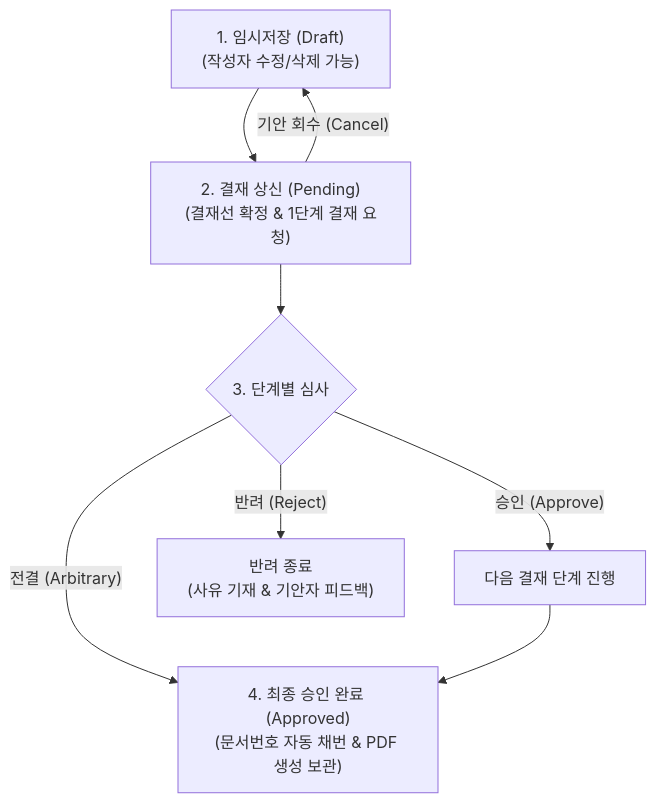
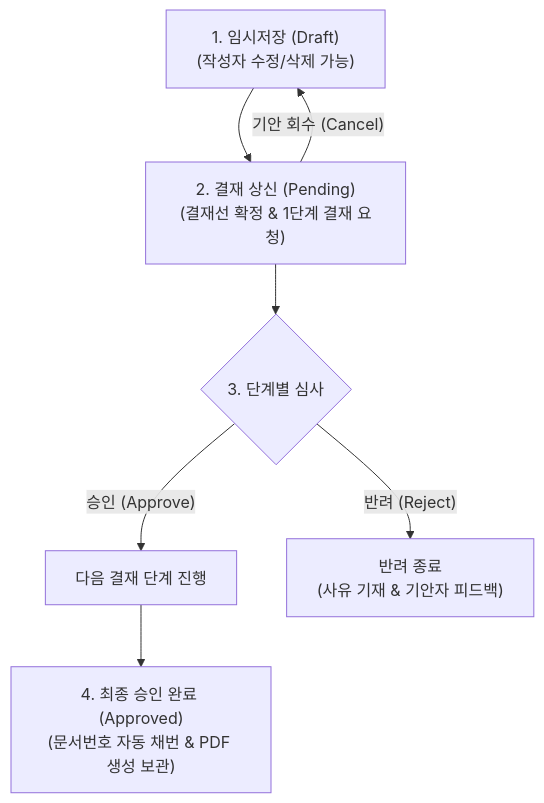
Before and after one commit to nc2U/ibs: the third of 3 diagrams in app/vue/docs/approval/index.md, drawn with Mermaid. The commit also changed other lines of this file and 51 other files, not shown here.

````diff
--- a/app/vue/docs/approval/index.md
+++ b/app/vue/docs/approval/index.md
@@ -53,10 +53,9 @@
 ```mermaid
 flowchart TD
     A["1. 임시저장 (Draft)<br>(작성자 수정/삭제 가능)"] --> B["2. 결재 상신 (Pending)<br>(결재선 확정 & 1단계 결재 요청)"]
     B --> C{"3. 단계별 심사"}
     C -- " 승인 (Approve) " --> D["다음 결재 단계 진행"]
     C -- " 반려 (Reject) " --> E["반려 종료<br>(사유 기재 & 기안자 피드백)"]
-    C -- " 전결 (Arbitrary) " --> F
     D --> F["4. 최종 승인 완료 (Approved)<br>(문서번호 자동 채번 & PDF 생성 보관)"]
     B -- " 기안 회수 (Cancel) " --> A
 ```
````
